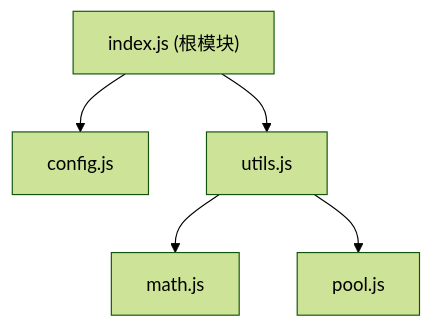
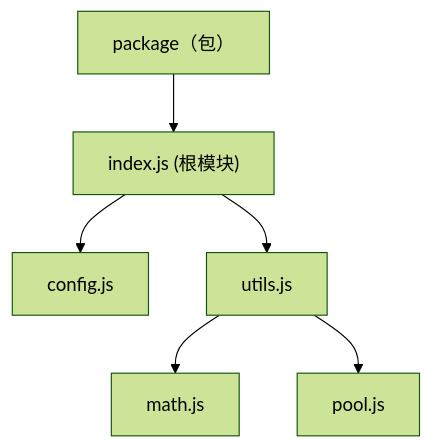
The diagram in SPEC.md (meo-js/utc), drawn with Mermaid (forest theme) before and after one commit. The commit also changed other lines of this file, not shown here.

````diff
--- a/SPEC.md
+++ b/SPEC.md
@@ -55,8 +55,9 @@
 ```mermaid
 graph TD
+    A["package（包）"] --> B;
     B["index.js (根模块)"];
     B --> C["config.js"];
     B --> D["utils.js"];
     D --> E["math.js"];
     D --> F["pool.js"];
 ```
````
